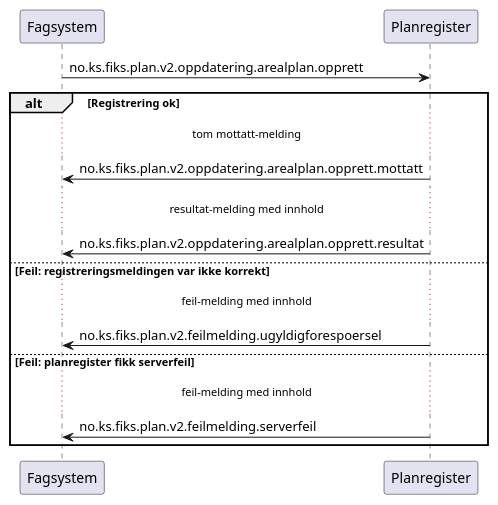
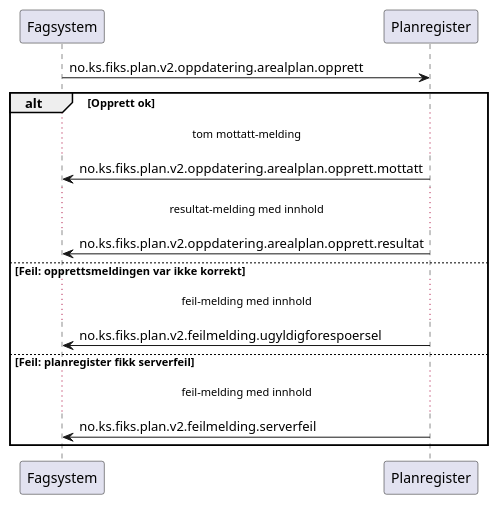
The diagram in Dokumentasjon/V2/SequenceDiagrams/no.ks.fiks.plan.v2.oppdatering.arealplan.opprett/sequence-diagram.pu (ks-no/fiks-plan-specification), drawn with PlantUML before and after one commit. The commit also changed 8 other files, not shown here.

Commit message:
Flere sekvensdiagram

```diff
--- a/Dokumentasjon/V2/SequenceDiagrams/no.ks.fiks.plan.v2.oppdatering.arealplan.opprett/sequence-diagram.pu
+++ b/Dokumentasjon/V2/SequenceDiagrams/no.ks.fiks.plan.v2.oppdatering.arealplan.opprett/sequence-diagram.pu
@@ -1,22 +1,22 @@
 @startuml
 
 Fagsystem -> Planregister: no.ks.fiks.plan.v2.oppdatering.arealplan.opprett
 
-alt Registrering ok
+alt Opprett ok
 ...tom mottatt-melding...
 Fagsystem <- Planregister: no.ks.fiks.plan.v2.oppdatering.arealplan.opprett.mottatt
 ...resultat-melding med innhold...
 Fagsystem <- Planregister: no.ks.fiks.plan.v2.oppdatering.arealplan.opprett.resultat
 
-else Feil: registreringsmeldingen var ikke korrekt
+else Feil: opprettsmeldingen var ikke korrekt
 ...feil-melding med innhold...
 
 Fagsystem <- Planregister: no.ks.fiks.plan.v2.feilmelding.ugyldigforespoersel
 
 else Feil: planregister fikk serverfeil
 ...feil-melding med innhold...
 
 Fagsystem <- Planregister: no.ks.fiks.plan.v2.feilmelding.serverfeil
 
 end
 @enduml
```
